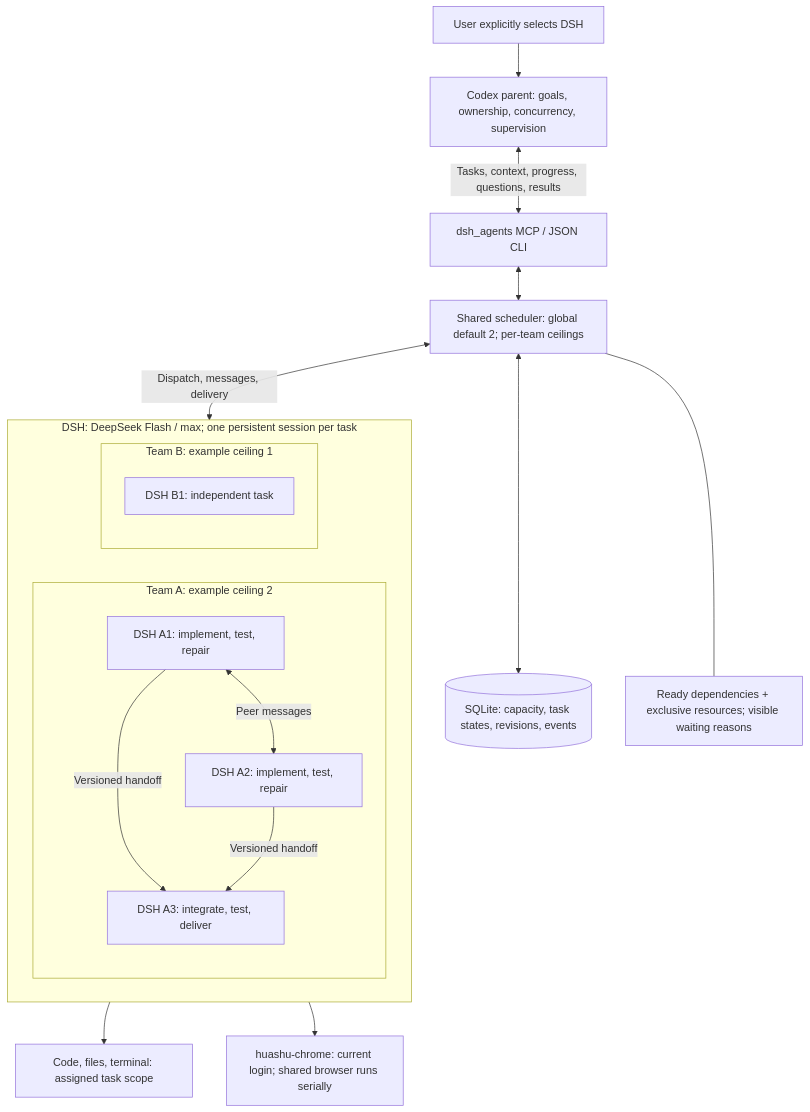
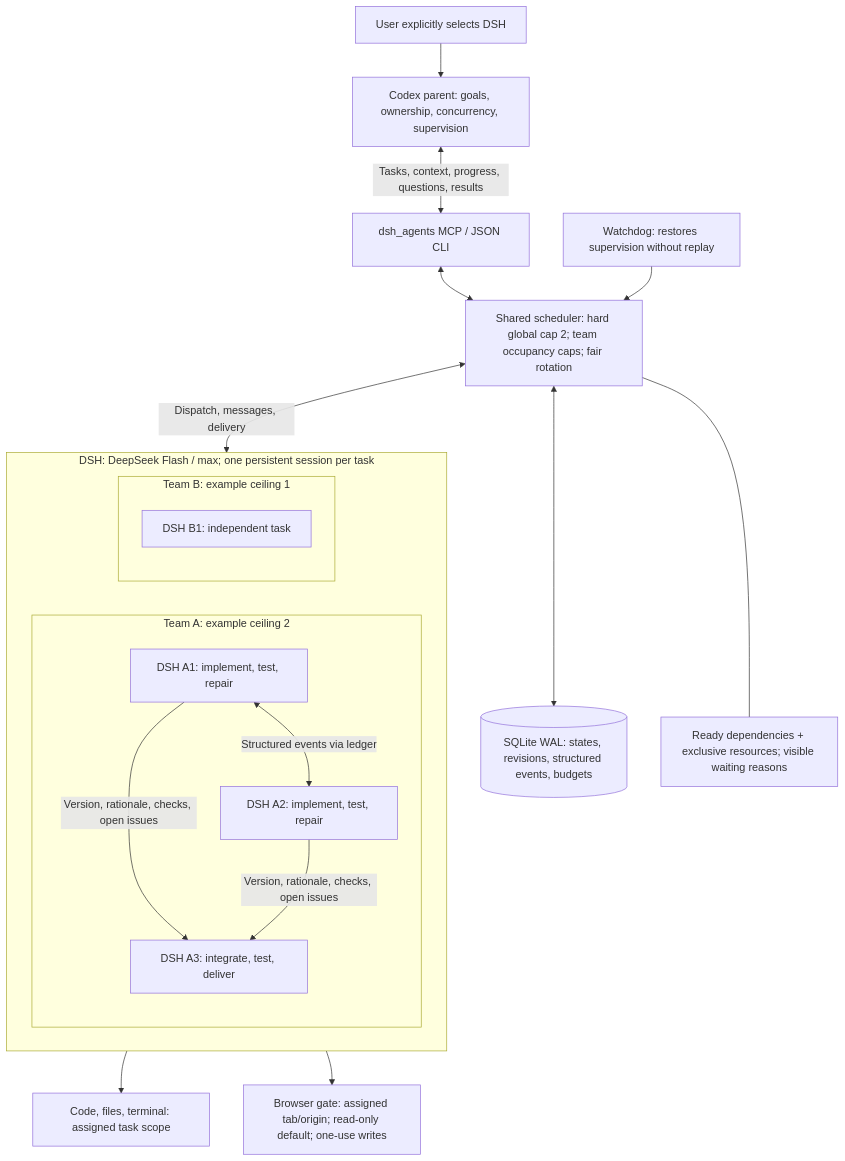
The diagram in README.md (Fission21/deepseek-code-agent), drawn with Mermaid before and after one commit. The commit also changed other lines of this file and 26 other files, not shown here.

````diff
--- a/README.md
+++ b/README.md
@@ -13,21 +13,22 @@
 ```mermaid
 flowchart TB
   U["User explicitly selects DSH"] --> P["Codex parent: goals, ownership, concurrency, supervision"]
   P <-->|"Tasks, context, progress, questions, results"| I["dsh_agents MCP / JSON CLI"]
-  I <--> S["Shared scheduler: global default 2; per-team ceilings"]
-  S <--> DB[("SQLite: capacity, task states, revisions, events")]
+  I <--> S["Shared scheduler: hard global cap 2; team occupancy caps; fair rotation"]
+  S <--> DB[("SQLite WAL: states, revisions, structured events, budgets")]
+  W["Watchdog: restores supervision without replay"] --> S
   S --- R["Ready dependencies + exclusive resources; visible waiting reasons"]
   S <-->|"Dispatch, messages, delivery"| EXEC
   subgraph EXEC["DSH: DeepSeek Flash / max; one persistent session per task"]
     subgraph A["Team A: example ceiling 2"]
-      A1["DSH A1: implement, test, repair"] <-->|"Peer messages"| A2["DSH A2: implement, test, repair"]
-      A1 -->|"Versioned handoff"| A3["DSH A3: integrate, test, deliver"]
-      A2 -->|"Versioned handoff"| A3
+      A1["DSH A1: implement, test, repair"] <-->|"Structured events via ledger"| A2["DSH A2: implement, test, repair"]
+      A1 -->|"Version, rationale, checks, open issues"| A3["DSH A3: integrate, test, deliver"]
+      A2 -->|"Version, rationale, checks, open issues"| A3
     end
     subgraph B["Team B: example ceiling 1"]
       B1["DSH B1: independent task"]
     end
   end
   EXEC --> T["Code, files, terminal: assigned task scope"]
-  EXEC --> C["huashu-chrome: current login; shared browser runs serially"]
+  EXEC --> C["Browser gate: assigned tab/origin; read-only default; one-use writes"]
 ```
````
